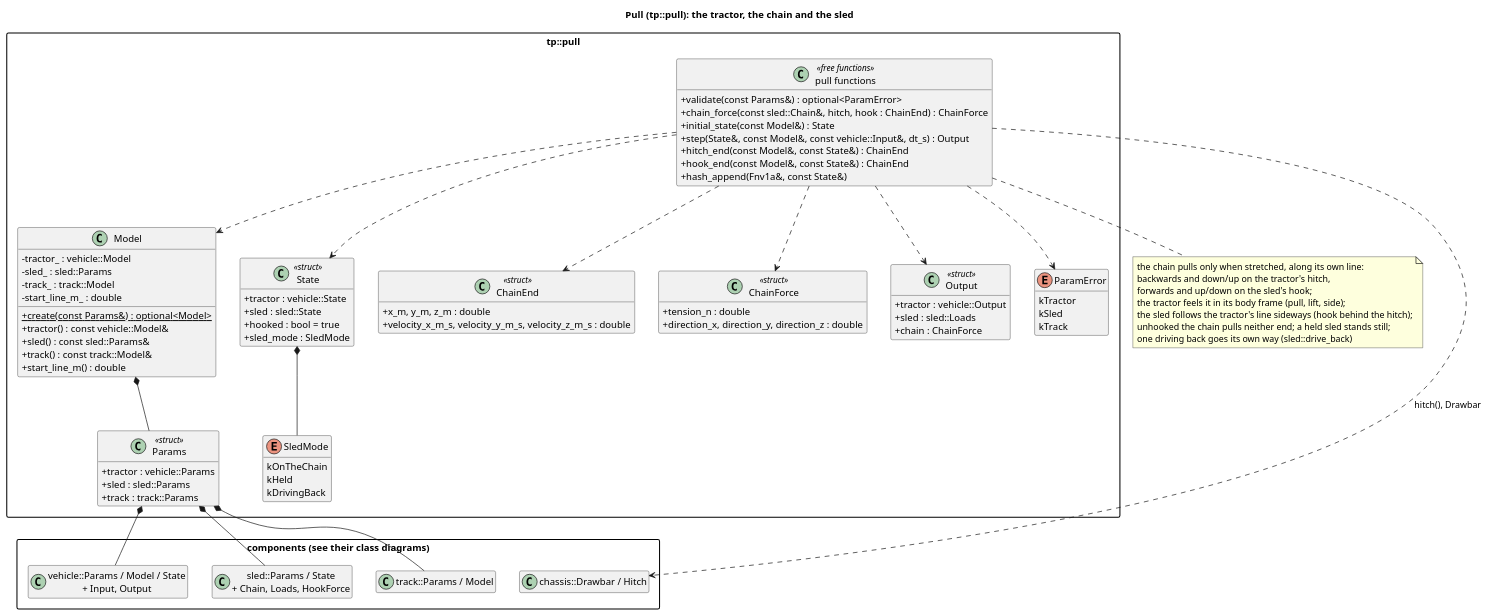
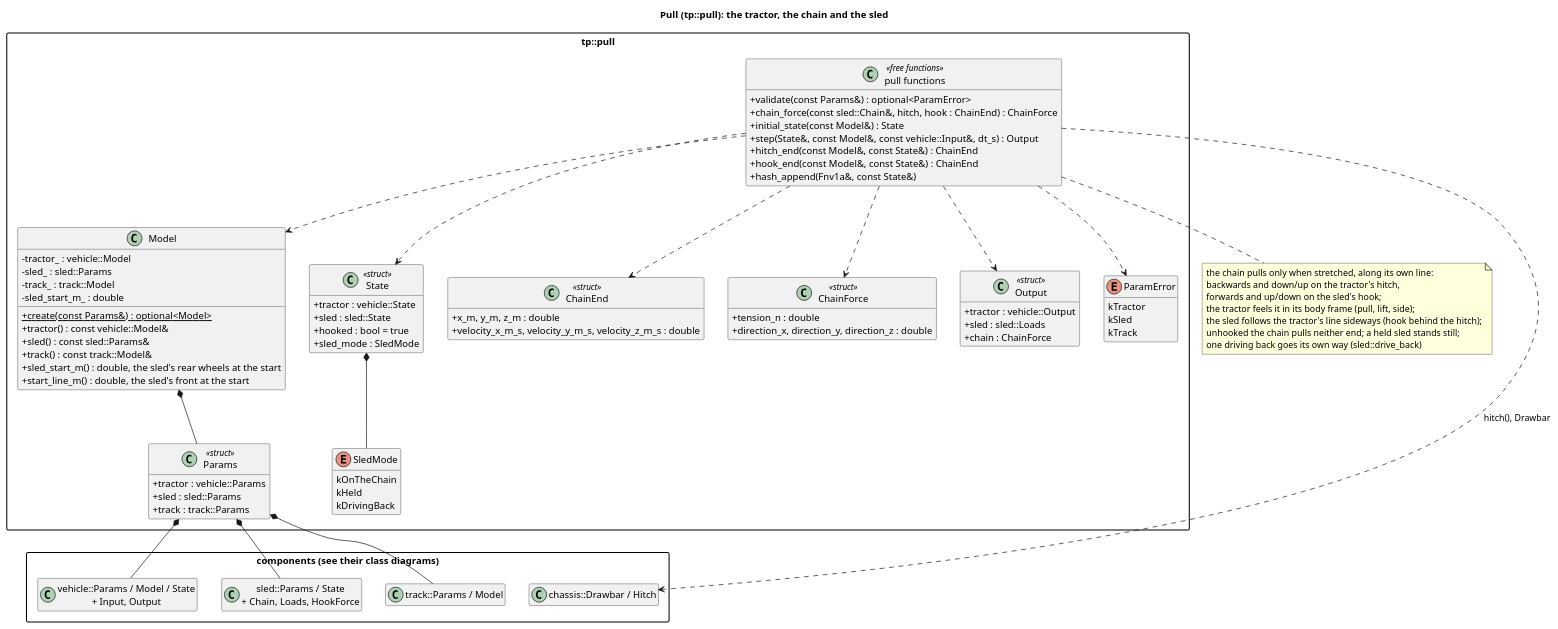
One commit to wversteeg/TractorPulling changed the diagram in docs/diagrams/pull_classes.puml. Above: the diagram before and after it, drawn with PlantUML. The commit also changed 61 other files, not shown here.

```diff
--- a/docs/diagrams/pull_classes.puml
+++ b/docs/diagrams/pull_classes.puml
@@ -1,91 +1,92 @@
 @startuml pull_classes
 title Pull (tp::pull): the tractor, the chain and the sled
 hide empty members
 skinparam packageStyle rectangle
 skinparam classAttributeIconSize 0
 
 package "components (see their class diagrams)" {
   class "vehicle::Params / Model / State\n+ Input, Output" as Vehicle
   class "sled::Params / State\n+ Chain, Loads, HookForce" as Sled
   class "chassis::Drawbar / Hitch" as Chassis
   class "track::Params / Model" as Track
 }
 
 package "tp::pull" {
   class Params <<struct>> {
     +tractor : vehicle::Params
     +sled : sled::Params
     +track : track::Params
   }
   class Model {
     -tractor_ : vehicle::Model
     -sled_ : sled::Params
     -track_ : track::Model
-    -start_line_m_ : double
+    -sled_start_m_ : double
     +{static} create(const Params&) : optional<Model>
     +tractor() : const vehicle::Model&
     +sled() : const sled::Params&
     +track() : const track::Model&
-    +start_line_m() : double
+    +sled_start_m() : double, the sled's rear wheels at the start
+    +start_line_m() : double, the sled's front at the start
   }
   class State <<struct>> {
     +tractor : vehicle::State
     +sled : sled::State
     +hooked : bool = true
     +sled_mode : SledMode
   }
   enum SledMode {
     kOnTheChain
     kHeld
     kDrivingBack
   }
   class ChainEnd <<struct>> {
     +x_m, y_m, z_m : double
     +velocity_x_m_s, velocity_y_m_s, velocity_z_m_s : double
   }
   class ChainForce <<struct>> {
     +tension_n : double
     +direction_x, direction_y, direction_z : double
   }
   class Output <<struct>> {
     +tractor : vehicle::Output
     +sled : sled::Loads
     +chain : ChainForce
   }
   enum ParamError {
     kTractor
     kSled
     kTrack
   }
   class "pull functions" as PullFns <<free functions>> {
     +validate(const Params&) : optional<ParamError>
     +chain_force(const sled::Chain&, hitch, hook : ChainEnd) : ChainForce
     +initial_state(const Model&) : State
     +step(State&, const Model&, const vehicle::Input&, dt_s) : Output
     +hitch_end(const Model&, const State&) : ChainEnd
     +hook_end(const Model&, const State&) : ChainEnd
     +hash_append(Fnv1a&, const State&)
   }
   Model *-- Params
   State *-- SledMode
   PullFns ..> Model
   PullFns ..> State
   PullFns ..> ChainEnd
   PullFns ..> ChainForce
   PullFns ..> Output
   PullFns ..> ParamError
 }
 Params *-- Vehicle
 Params *-- Sled
 Params *-- Track
 PullFns ..> Chassis : hitch(), Drawbar
 note bottom of PullFns
   the chain pulls only when stretched, along its own line:
   backwards and down/up on the tractor's hitch,
   forwards and up/down on the sled's hook;
   the tractor feels it in its body frame (pull, lift, side);
   the sled follows the tractor's line sideways (hook behind the hitch);
   unhooked the chain pulls neither end; a held sled stands still;
   one driving back goes its own way (sled::drive_back)
 end note
 @enduml
```
